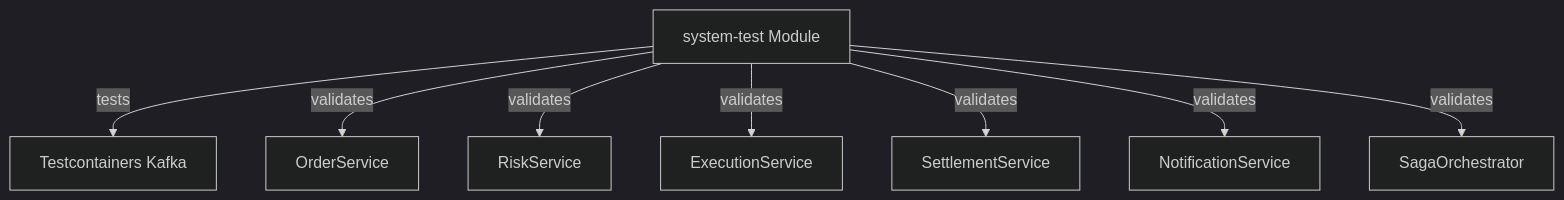
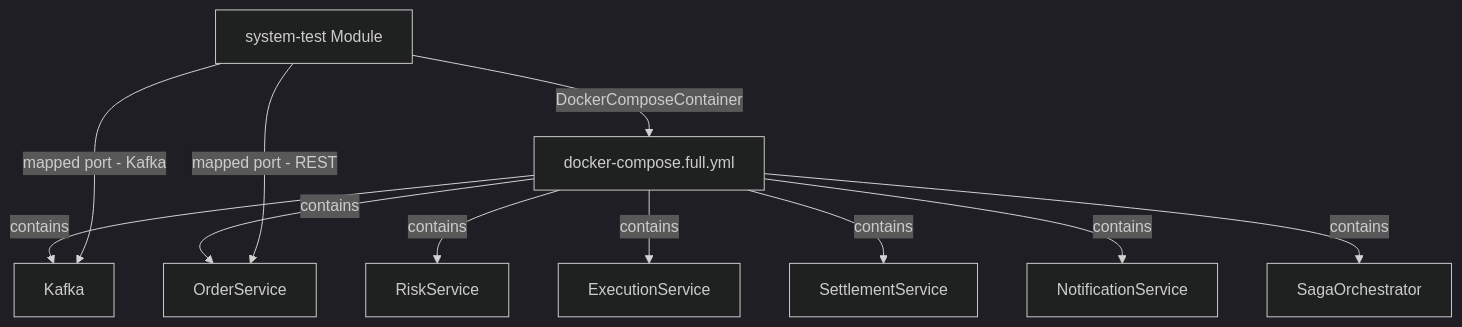
Before and after one commit to rbreunung/spring-kotlin-kafka-gradle-demo-2: the first of 2 diagrams in docs/features/FEAT-007-system-test.md, drawn with Mermaid (dark theme). The commit also changed other lines of this file and 4 other files, not shown here.

````diff
--- a/docs/features/FEAT-007-system-test.md
+++ b/docs/features/FEAT-007-system-test.md
@@ -43,10 +54,13 @@
 ```mermaid
 graph TD
-    SystemTest[system-test Module] -->|tests| KafkaContainer[Testcontainers Kafka]
-    SystemTest -->|validates| OrderService[OrderService]
-    SystemTest -->|validates| RiskService[RiskService]
-    SystemTest -->|validates| ExecutionService[ExecutionService]
-    SystemTest -->|validates| SettlementService[SettlementService]
-    SystemTest -->|validates| NotificationService[NotificationService]
-    SystemTest -->|validates| SagaOrchestrator[SagaOrchestrator]
+    SystemTest[system-test Module] -->|DockerComposeContainer| ComposeStack[docker-compose.full.yml]
+    ComposeStack -->|contains| Kafka[Kafka]
+    ComposeStack -->|contains| OrderService[OrderService]
+    ComposeStack -->|contains| RiskService[RiskService]
+    ComposeStack -->|contains| ExecutionService[ExecutionService]
+    ComposeStack -->|contains| SettlementService[SettlementService]
+    ComposeStack -->|contains| NotificationService[NotificationService]
+    ComposeStack -->|contains| SagaOrchestrator[SagaOrchestrator]
+    SystemTest -->|mapped port - REST| OrderService
+    SystemTest -->|mapped port - Kafka| Kafka
 ```
````
